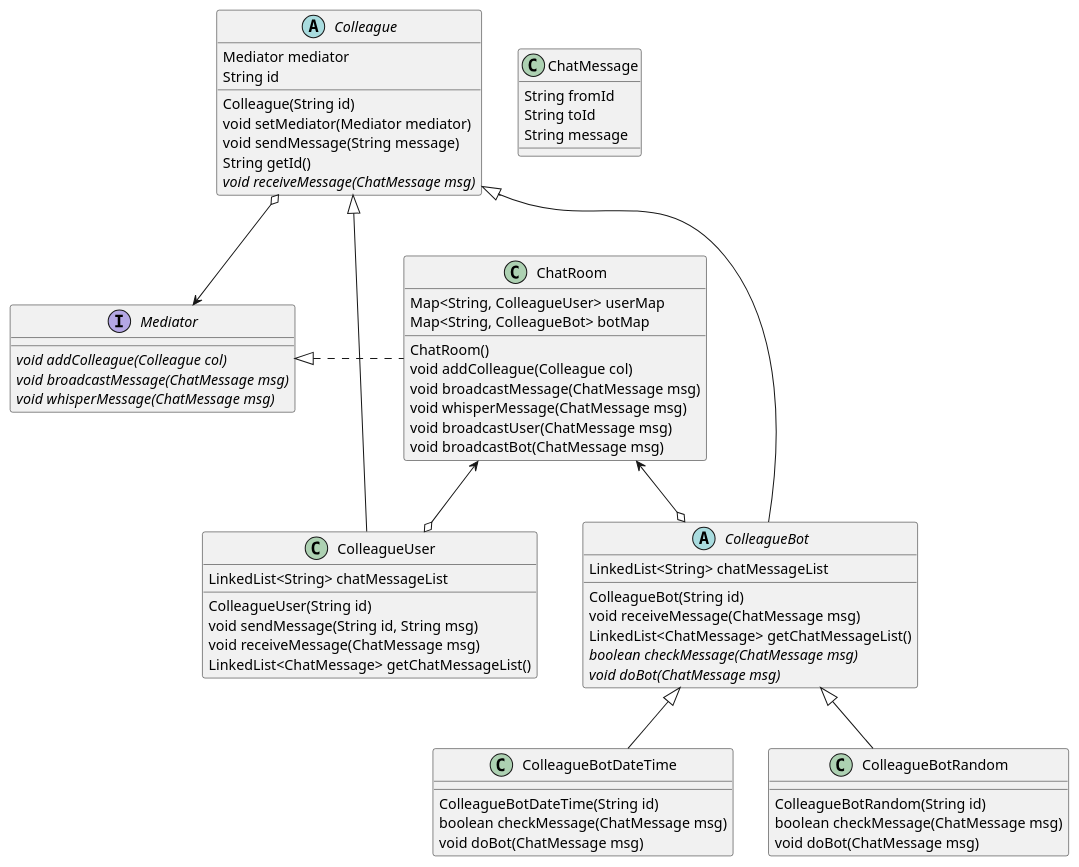
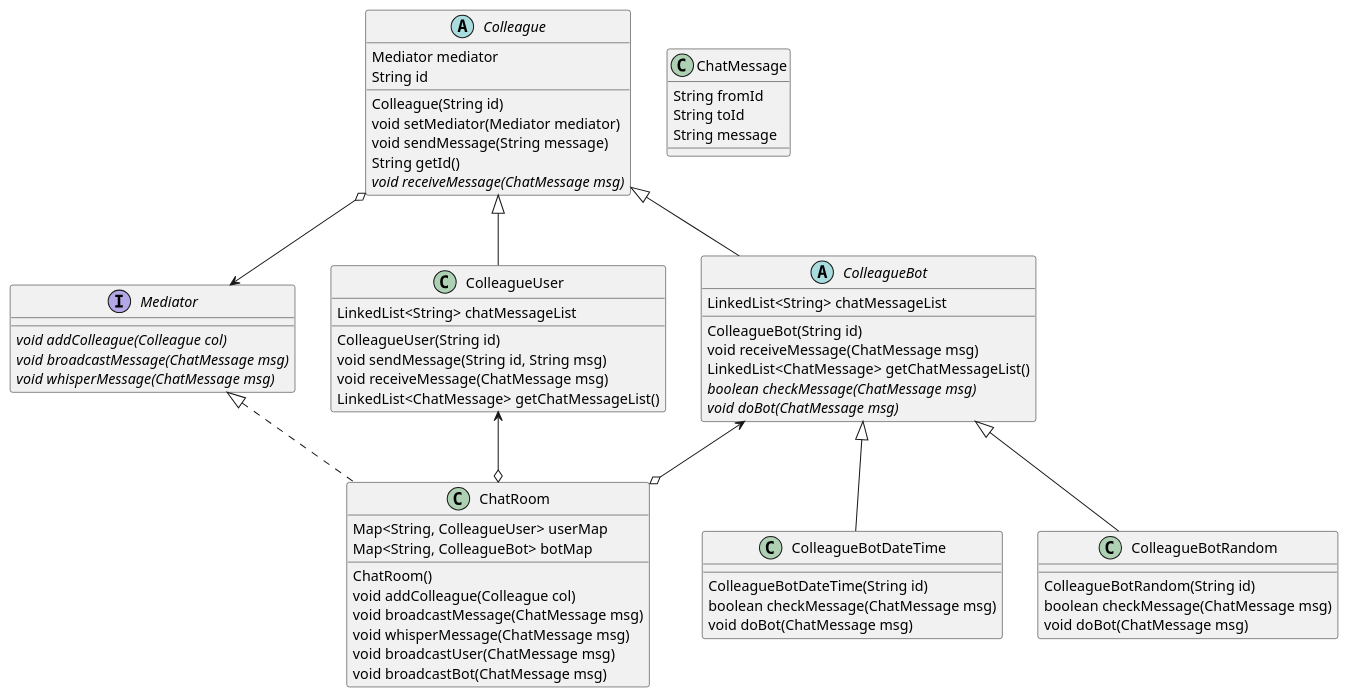
One commit to windowforsun/blog changed the diagram in plantuml/designpattern/concept-mediator-2.plantuml. Above: the diagram before and after it, drawn with PlantUML. The commit also changed 2 other files, not shown here.

```diff
--- a/plantuml/designpattern/concept-mediator-2.plantuml
+++ b/plantuml/designpattern/concept-mediator-2.plantuml
@@ -1,81 +1,81 @@
 @startuml
 
 interface Mediator {
 	{abstract} void addColleague(Colleague col)
 	{abstract} void broadcastMessage(ChatMessage msg)
 	{abstract} void whisperMessage(ChatMessage msg)
 }
 
 class ChatRoom {
 	Map<String, ColleagueUser> userMap
 	Map<String, ColleagueBot> botMap
 
 	ChatRoom()
 	void addColleague(Colleague col)
 	void broadcastMessage(ChatMessage msg)
 	void whisperMessage(ChatMessage msg)
 	void broadcastUser(ChatMessage msg)
 	void broadcastBot(ChatMessage msg)
 }
 
 abstract class Colleague {
 	Mediator mediator
 	String id
 
 	Colleague(String id)
 	void setMediator(Mediator mediator)
 	void sendMessage(String message)
 	String getId()
 	{abstract} void receiveMessage(ChatMessage msg)
 }
 
 class ColleagueUser {
 	LinkedList<String> chatMessageList
 
 	ColleagueUser(String id)
 	void sendMessage(String id, String msg)
 	void receiveMessage(ChatMessage msg)
 	LinkedList<ChatMessage> getChatMessageList()
 }
 
 abstract class ColleagueBot {
 	LinkedList<String> chatMessageList
 
 	ColleagueBot(String id)
 	void receiveMessage(ChatMessage msg)
 	LinkedList<ChatMessage> getChatMessageList()
 	{abstract} boolean checkMessage(ChatMessage msg)
 	{abstract} void doBot(ChatMessage msg)
 }
 
 class ColleagueBotDateTime {
 	ColleagueBotDateTime(String id)
 	boolean checkMessage(ChatMessage msg)
 	void doBot(ChatMessage msg)
 }
 
 class ColleagueBotRandom {
 	ColleagueBotRandom(String id)
 	boolean checkMessage(ChatMessage msg)
 	void doBot(ChatMessage msg)
 }
 
 class ChatMessage {
 	String fromId
 	String toId
 	String message
 }
 
 Mediator <|.right. ChatRoom
 Mediator <-up-o Colleague
 
 Colleague <|-- ColleagueUser
 Colleague <|-- ColleagueBot
 ColleagueBot <|-- ColleagueBotDateTime
 ColleagueBot <|-- ColleagueBotRandom
 
-ChatRoom <--o ColleagueUser
-ChatRoom <--o ColleagueBot
+ColleagueUser <--o ChatRoom
+ColleagueBot <--o ChatRoom
 
 
 @enduml
```
